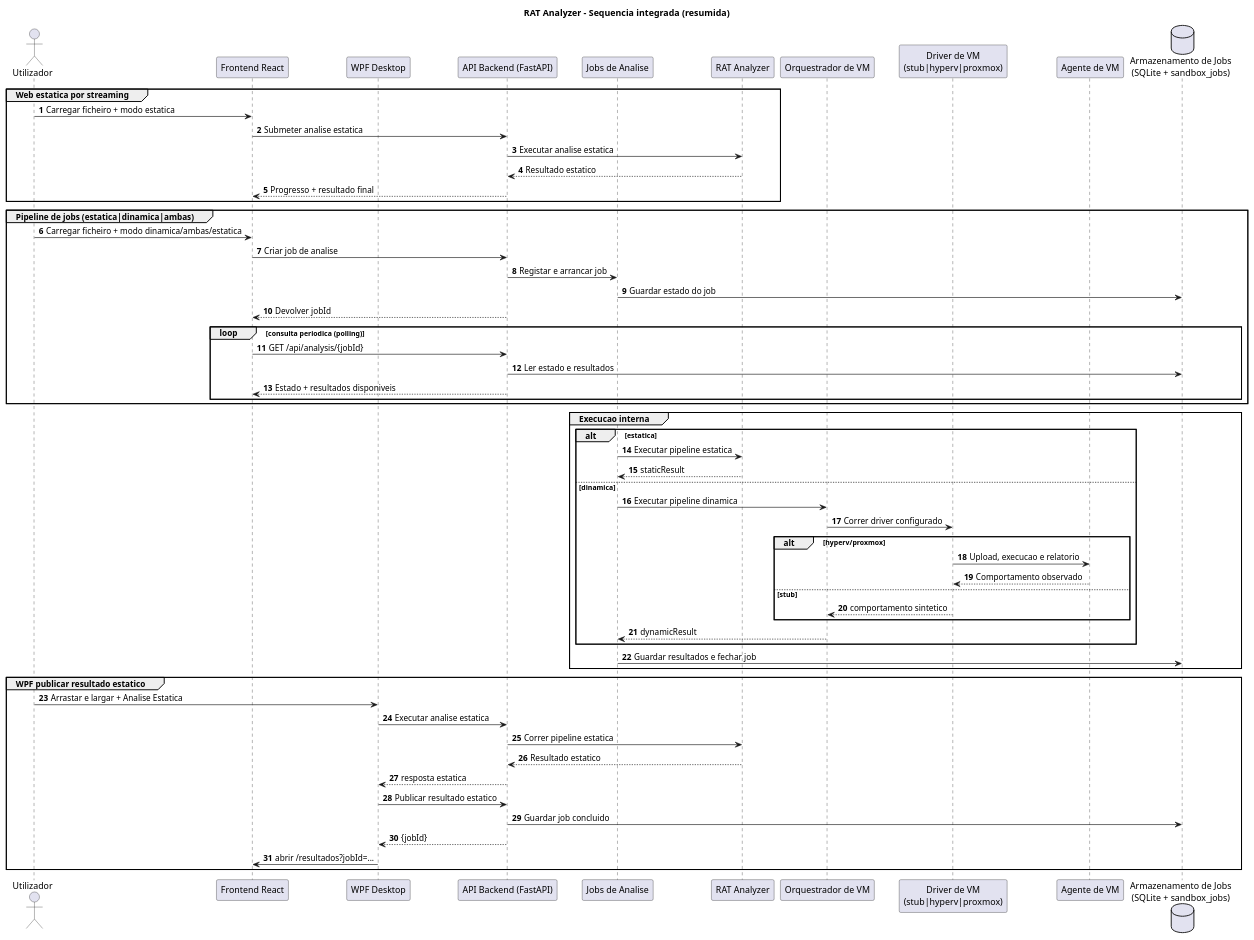
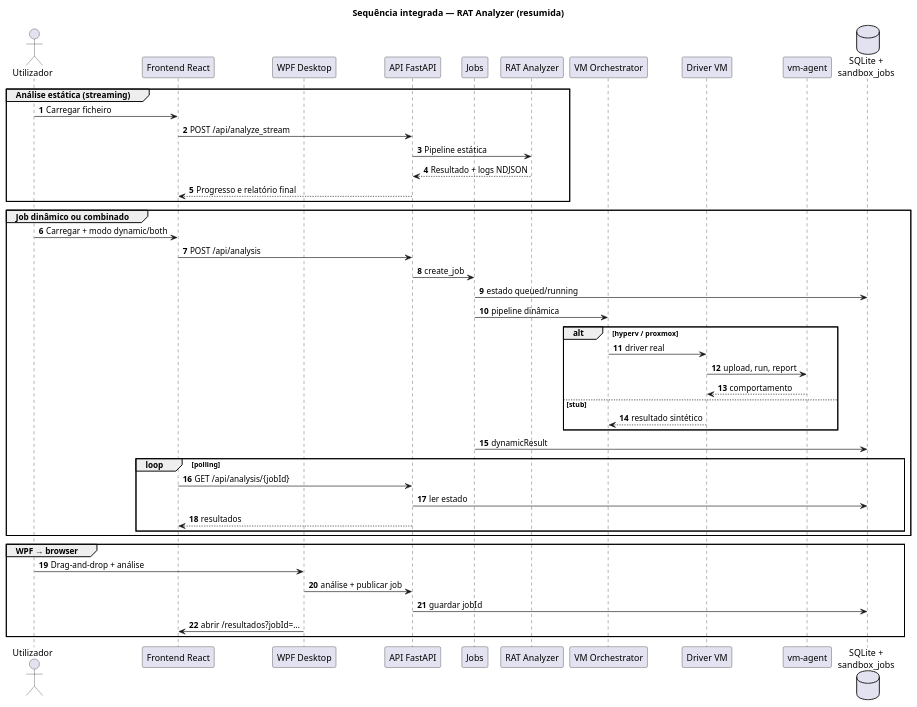
Before and after one commit to tlxp/PROJETO: the diagram in docs/diagrams/analysis-sequence-overview.puml, drawn with PlantUML. The commit also changed 204 other files, not shown here.

```diff
--- a/docs/diagrams/analysis-sequence-overview.puml
+++ b/docs/diagrams/analysis-sequence-overview.puml
@@ -1,70 +1,54 @@
 @startuml
-title RAT Analyzer - Sequencia integrada (resumida)
+title Sequência integrada — RAT Analyzer (resumida)
 
 autonumber
 skinparam responseMessageBelowArrow true
 
 actor "Utilizador" as U
 participant "Frontend React" as FE
 participant "WPF Desktop" as WPF
-participant "API Backend (FastAPI)" as API
-participant "Jobs de Analise" as JOBS
+participant "API FastAPI" as API
+participant "Jobs" as JOBS
 participant "RAT Analyzer" as RAT
-participant "Orquestrador de VM" as VMO
-participant "Driver de VM\n(stub|hyperv|proxmox)" as DRV
-participant "Agente de VM" as AGENT
-database "Armazenamento de Jobs\n(SQLite + sandbox_jobs)" as DB
+participant "VM Orchestrator" as VMO
+participant "Driver VM" as DRV
+participant "vm-agent" as AGENT
+database "SQLite +\nsandbox_jobs" as DB
 
-group Web estatica por streaming
-U -> FE: Carregar ficheiro + modo estatica
-FE -> API: Submeter analise estatica
-API -> RAT: Executar analise estatica
-RAT --> API: Resultado estatico
-API --> FE: Progresso + resultado final
+group Análise estática (streaming)
+  U -> FE : Carregar ficheiro
+  FE -> API : POST /api/analyze_stream
+  API -> RAT : Pipeline estática
+  RAT --> API : Resultado + logs NDJSON
+  API --> FE : Progresso e relatório final
 end
 
-group Pipeline de jobs (estatica|dinamica|ambas)
-U -> FE: Carregar ficheiro + modo dinamica/ambas/estatica
-FE -> API: Criar job de analise
-API -> JOBS: Registar e arrancar job
-JOBS -> DB: Guardar estado do job
-API --> FE: Devolver jobId
-
-loop consulta periodica (polling)
-FE -> API: GET /api/analysis/{jobId}
-API -> DB: Ler estado e resultados
-API --> FE: Estado + resultados disponiveis
-end
+group Job dinâmico ou combinado
+  U -> FE : Carregar + modo dynamic/both
+  FE -> API : POST /api/analysis
+  API -> JOBS : create_job
+  JOBS -> DB : estado queued/running
+  JOBS -> VMO : pipeline dinâmica
+  alt hyperv / proxmox
+    VMO -> DRV : driver real
+    DRV -> AGENT : upload, run, report
+    AGENT --> DRV : comportamento
+  else stub
+    DRV --> VMO : resultado sintético
+  end
+  JOBS -> DB : dynamicResult
+  loop polling
+    FE -> API : GET /api/analysis/{jobId}
+    API -> DB : ler estado
+    API --> FE : resultados
+  end
 end
 
-group Execucao interna
-alt estatica
-JOBS -> RAT: Executar pipeline estatica
-RAT --> JOBS: staticResult
-else dinamica
-JOBS -> VMO: Executar pipeline dinamica
-VMO -> DRV: Correr driver configurado
-alt hyperv/proxmox
-DRV -> AGENT: Upload, execucao e relatorio
-AGENT --> DRV: Comportamento observado
-else stub
-DRV --> VMO: comportamento sintetico
-end
-VMO --> JOBS: dynamicResult
-end
-JOBS -> DB: Guardar resultados e fechar job
-end
-
-group WPF publicar resultado estatico
-U -> WPF: Arrastar e largar + Analise Estatica
-WPF -> API: Executar analise estatica
-API -> RAT: Correr pipeline estatica
-RAT --> API: Resultado estatico
-API --> WPF: resposta estatica
-WPF -> API: Publicar resultado estatico
-API -> DB: Guardar job concluido
-API --> WPF: {jobId}
-WPF -> FE: abrir /resultados?jobId=...
+group WPF → browser
+  U -> WPF : Drag-and-drop + análise
+  WPF -> API : análise + publicar job
+  API -> DB : guardar jobId
+  WPF -> FE : abrir /resultados?jobId=...
 end
 
 @enduml
```
